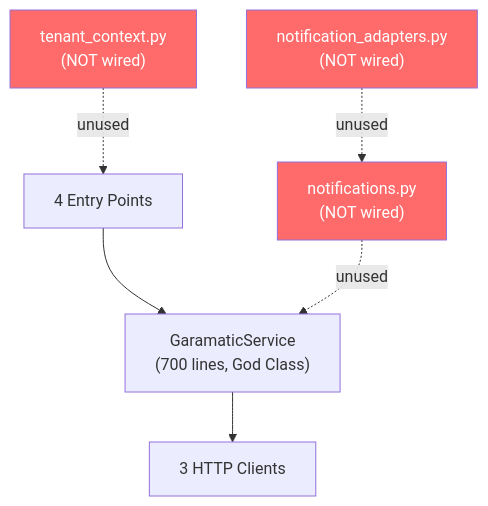
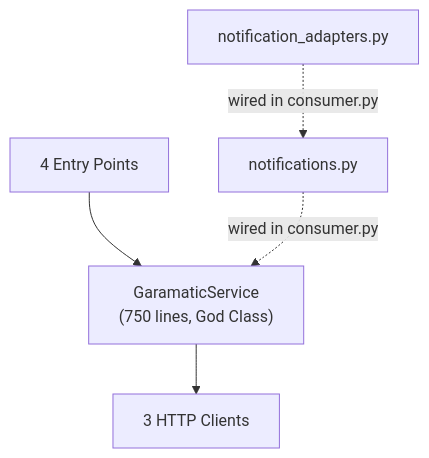
Before and after one commit to Garamatic/agentic-service: the diagram in CODE_REVIEW.md, drawn with Mermaid. The commit also changed other lines of this file and 34 other files, not shown here.

````diff
--- a/CODE_REVIEW.md
+++ b/CODE_REVIEW.md
@@ -28,13 +30,8 @@
 ```mermaid
 graph TD
-    A["4 Entry Points"] --> B["GaramaticService\n(700 lines, God Class)"]
+    A["4 Entry Points"] --> B["GaramaticService\n(750 lines, God Class)"]
     B --> C["3 HTTP Clients"]
 
-    D["notifications.py\n(NOT wired)"] -.->|"unused"| B
-    E["notification_adapters.py\n(NOT wired)"] -.->|"unused"| D
-    F["tenant_context.py\n(NOT wired)"] -.->|"unused"| A
-
-    style D fill:#ff6b6b,color:#fff
-    style E fill:#ff6b6b,color:#fff
-    style F fill:#ff6b6b,color:#fff
+    D["notifications.py"] -.->|"wired in consumer.py"| B
+    E["notification_adapters.py"] -.->|"wired in consumer.py"| D
 ```
````
